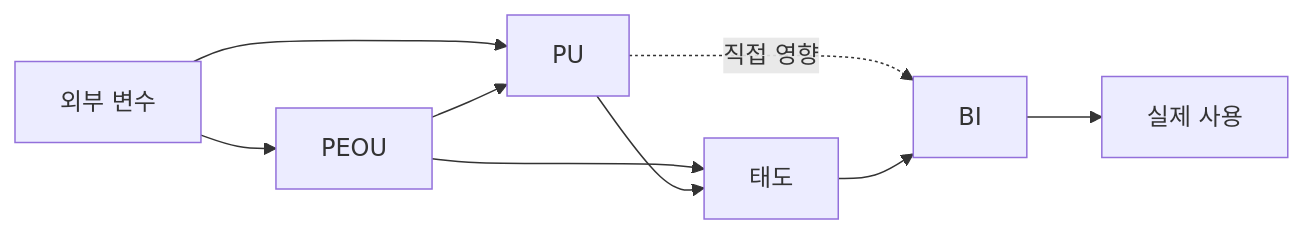
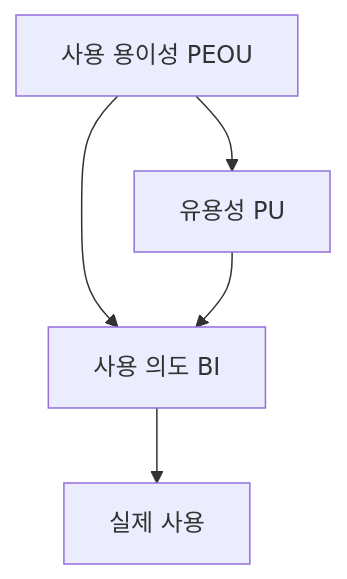
The first of 2 diagrams in src/content/docs/notes/itpe/01-it-strategy/092_technology_acceptance_model.md (agnusdei1207/study), drawn with Mermaid before and after one commit. The commit also changed other lines of this file and 2 other files, not shown here.

````diff
--- a/src/content/docs/notes/itpe/01-it-strategy/092_technology_acceptance_model.md
+++ b/src/content/docs/notes/itpe/01-it-strategy/092_technology_acceptance_model.md
@@ -56,11 +50,7 @@
 ```mermaid
-flowchart LR
-    EXT["외부 변수"] --> PEOU["PEOU"]
-    EXT --> PU["PU"]
-    PEOU --> PU
-    PEOU --> ATT["태도"]
-    PU --> ATT
-    PU -.->|직접 영향| BI["BI"]
-    ATT --> BI
-    BI --> USE["실제 사용"]
+flowchart TD
+    PEOU[사용 용이성 PEOU] --> PU[유용성 PU]
+    PEOU --> BI[사용 의도 BI]
+    PU --> BI
+    BI --> USE[실제 사용]
 ```
````
